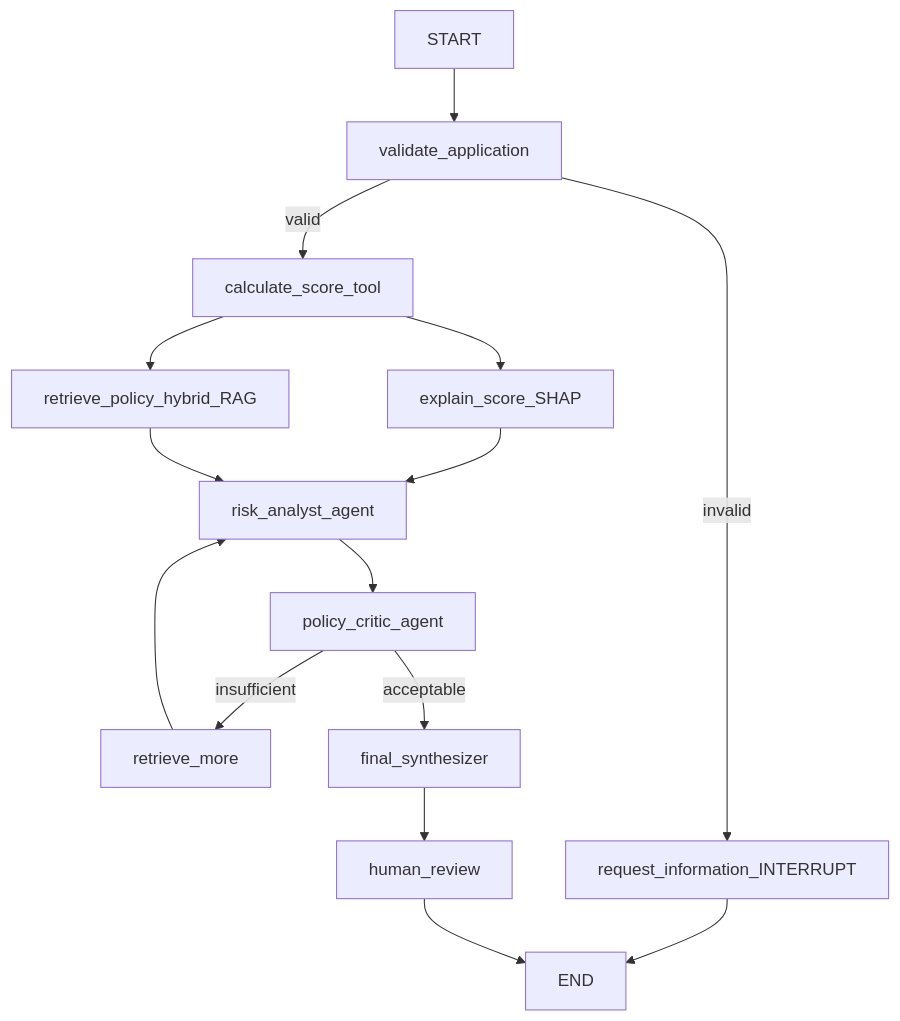
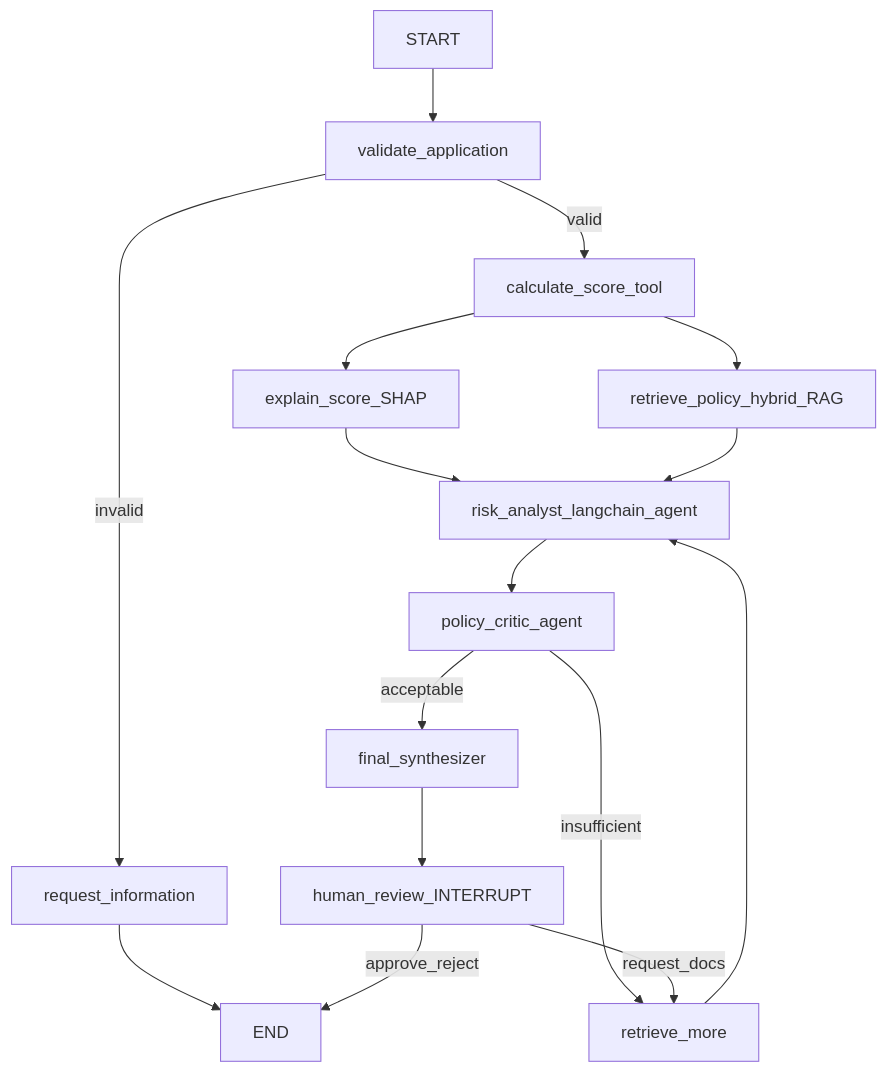
One commit to AdamCage/scoring-ai-agents-langchain changed the diagram in docs/architecture/langgraph-credit-flow.mmd. Above: the diagram before and after it, drawn with Mermaid. The commit also changed 80 other files, not shown here.

```diff
--- a/docs/architecture/langgraph-credit-flow.mmd
+++ b/docs/architecture/langgraph-credit-flow.mmd
@@ -1,25 +1,27 @@
 flowchart TD
   startNode[START]
   validate[validate_application]
-  needInfo[request_information_INTERRUPT]
+  needInfo[request_information]
   scoreNode[calculate_score_tool]
   shapNode[explain_score_SHAP]
   retrieveNode[retrieve_policy_hybrid_RAG]
-  riskAgent[risk_analyst_agent]
+  riskAgent[risk_analyst_langchain_agent]
   criticAgent[policy_critic_agent]
   moreRag[retrieve_more]
   synthAgent[final_synthesizer]
-  humanReview[human_review]
+  humanReview[human_review_INTERRUPT]
   endNode[END]
 
   startNode --> validate
   validate -->|invalid| needInfo --> endNode
   validate -->|valid| scoreNode
   scoreNode --> shapNode
   scoreNode --> retrieveNode
   shapNode --> riskAgent
   retrieveNode --> riskAgent
   riskAgent --> criticAgent
   criticAgent -->|insufficient| moreRag --> riskAgent
   criticAgent -->|acceptable| synthAgent
-  synthAgent --> humanReview --> endNode
+  synthAgent --> humanReview
+  humanReview -->|approve_reject| endNode
+  humanReview -->|request_docs| moreRag
```
